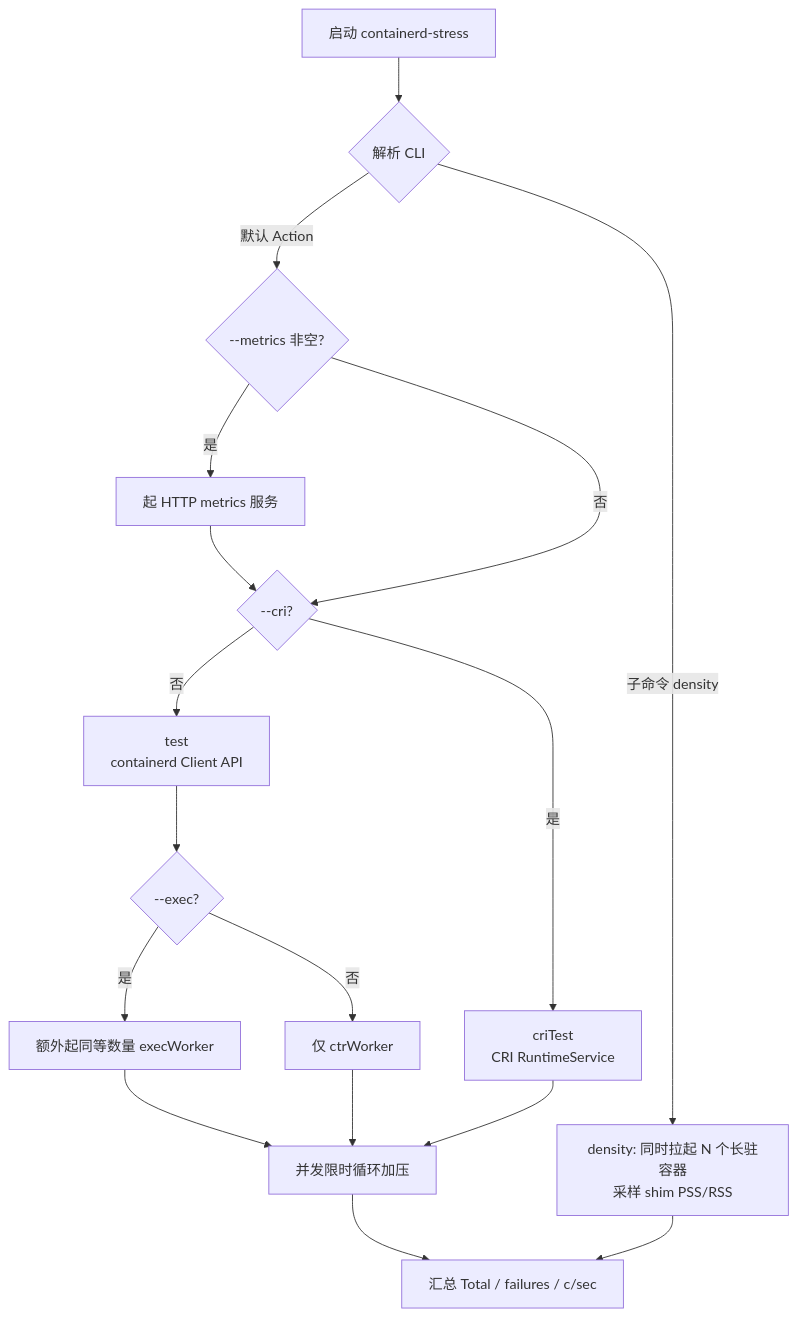
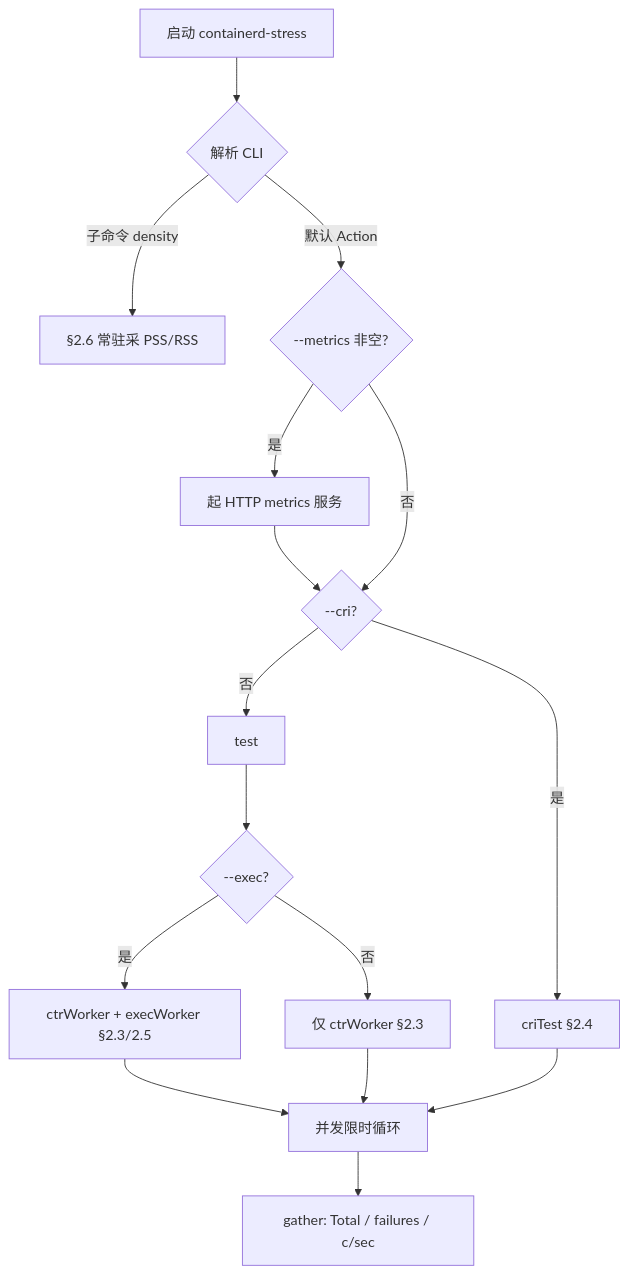
The first of 4 diagrams in doc/containerd-built-in-stress-tools.md (tremblingHands/test_sandbox), drawn with Mermaid before and after one commit. The commit also changed other lines of this file, not shown here.

First line of the commit message:
docs: 按四层结构重写 containerd-stress 逻辑说明

````diff
--- a/doc/containerd-built-in-stress-tools.md
+++ b/doc/containerd-built-in-stress-tools.md
@@ -28,19 +35,18 @@
 ```mermaid
 flowchart TD
-  A[启动 containerd-stress] --> B{解析 CLI}
-  B -->|子命令 density| D[density: 同时拉起 N 个长驻容器<br/>采样 shim PSS/RSS]
-  B -->|默认 Action| C{--metrics 非空?}
-  C -->|是| M[起 HTTP metrics 服务]
-  M --> E
-  C -->|否| E{--cri?}
-  E -->|是| F[criTest<br/>CRI RuntimeService]
-  E -->|否| G[test<br/>containerd Client API]
-  G --> H{--exec?}
-  H -->|是| I[额外起同等数量 execWorker]
-  H -->|否| J[仅 ctrWorker]
-  I --> K[并发限时循环加压]
-  J --> K
-  F --> K
-  K --> L[汇总 Total / failures / c/sec]
-  D --> L
+  Start[启动 containerd-stress] --> Parse{解析 CLI}
+  Parse -->|子命令 density| Density[§2.6 常驻采 PSS/RSS]
+  Parse -->|默认 Action| MetricsQ{--metrics 非空?}
+  MetricsQ -->|是| Metrics[起 HTTP metrics 服务]
+  Metrics --> CriQ
+  MetricsQ -->|否| CriQ{--cri?}
+  CriQ -->|是| CriTest[criTest §2.4]
+  CriQ -->|否| ClientTest[test]
+  ClientTest --> ExecQ{--exec?}
+  ExecQ -->|是| WithExec[ctrWorker + execWorker §2.3/2.5]
+  ExecQ -->|否| OnlyCtr[仅 ctrWorker §2.3]
+  WithExec --> Loop[并发限时循环]
+  OnlyCtr --> Loop
+  CriTest --> Loop
+  Loop --> Summary[gather: Total / failures / c/sec]
 ```
````
